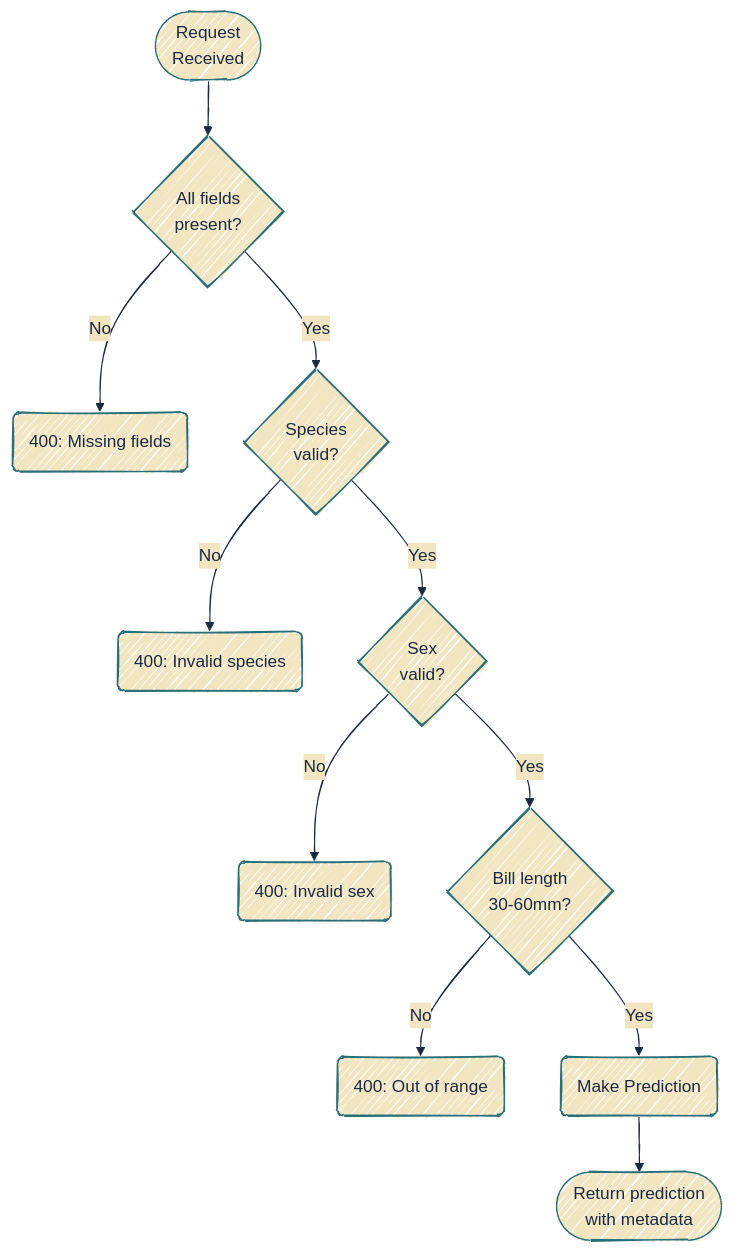
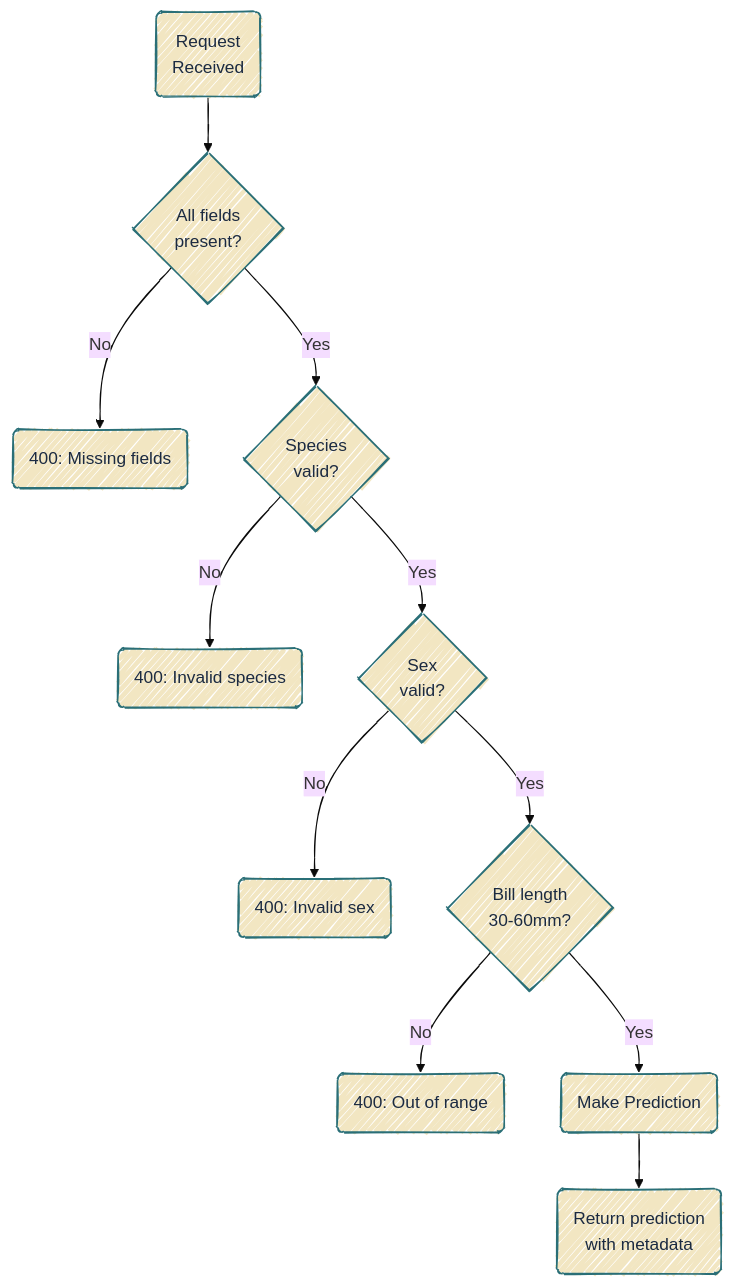
Before and after one commit to mjfrigaard/do4ds-labs: the fifth of 7 diagrams in plumber2.qmd, drawn with Mermaid. The commit also changed other lines of this file and 37 other files, not shown here.

Commit message:
updates to mermaid

````diff
--- a/plumber2.qmd
+++ b/plumber2.qmd
@@ -686,23 +696,24 @@
 ```{mermaid}
 %%| fig-width: 7.0
 %%| fig-align: center
-%%{init: {'theme': 'base', 'look': 'handDrawn', 'themeVariables': { 'fontFamily': 'monospace', 'primaryColor': '#F2E6C2', 'primaryBorderColor': '#2A6F77', 'primaryTextColor': '#1B2A41', 'secondaryColor': '#d4e7e4', 'tertiaryColor': '#f5f0e4', 'lineColor': '#1B2A41', 'edgeLabelBackground': '#F2E6C2'}}}%%
+%%{init: {'theme': 'base', 'look': 'handDrawn', 'themeVariables': {'fontFamily': 'monospace'}}}%%
 
 graph TD
-    Start(["Request<br>Received"])
+    Start("Request<br>Received")
 
-    Start --> Check1{All fields<br/>present?}
+    Start --> Check1{All fields<br>present?}
     Check1 -->|No| Error1("400: Missing fields")
-    Check1 -->|Yes| Check2{Species<br/>valid?}
+    Check1 -->|Yes| Check2{Species<br>valid?}
 
     Check2 -->|No| Error2("400: Invalid species")
-    Check2 -->|Yes| Check3{Sex<br/>valid?}
+    Check2 -->|Yes| Check3{Sex<br>valid?}
 
     Check3 -->|No| Error3("400: Invalid sex")
-    Check3 -->|Yes| Check4{Bill length<br/>30-60mm?}
+    Check3 -->|Yes| Check4{Bill length<br>30-60mm?}
 
     Check4 -->|No| Error4("400: Out of range")
     Check4 -->|Yes| Predict("Make Prediction")
 
-    Predict --> Success(["Return prediction<br/>with metadata"])
+    Predict --> Success("Return prediction<br>with metadata")
+    classDef default fill:#F2E6C2,stroke:#2A6F77,color:#1B2A41
 ```
````
